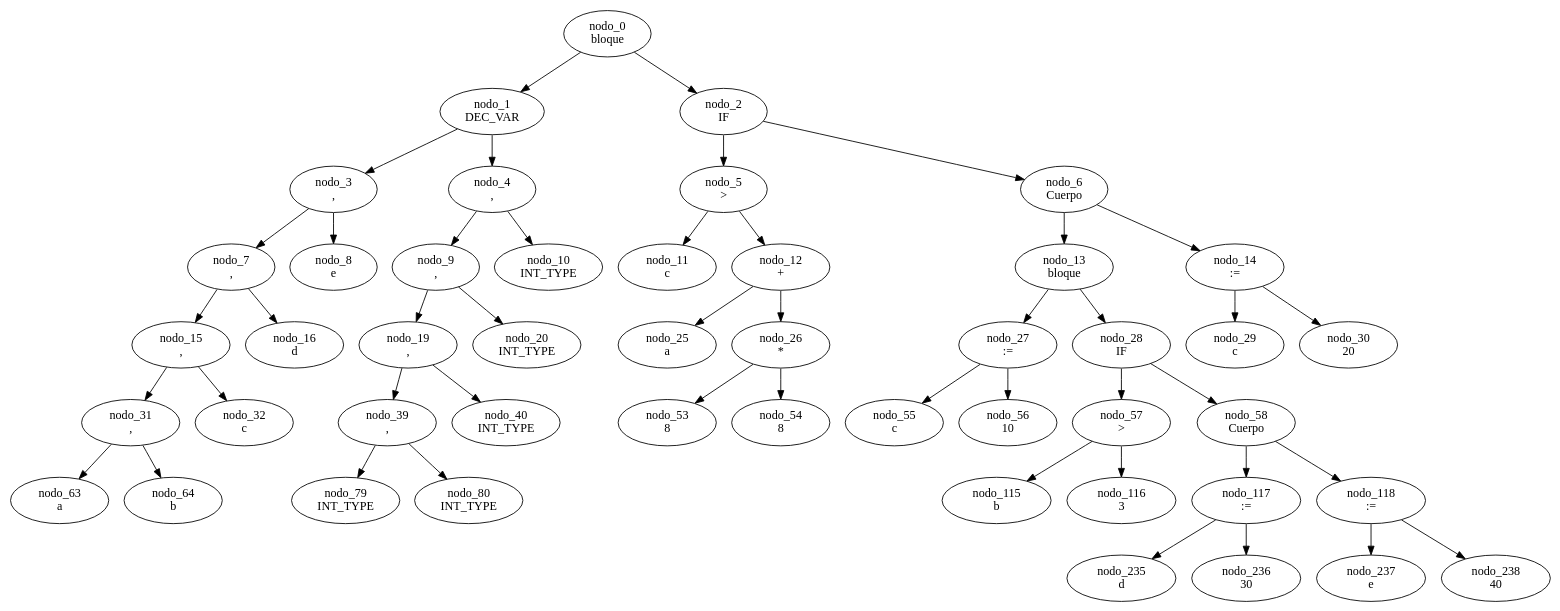
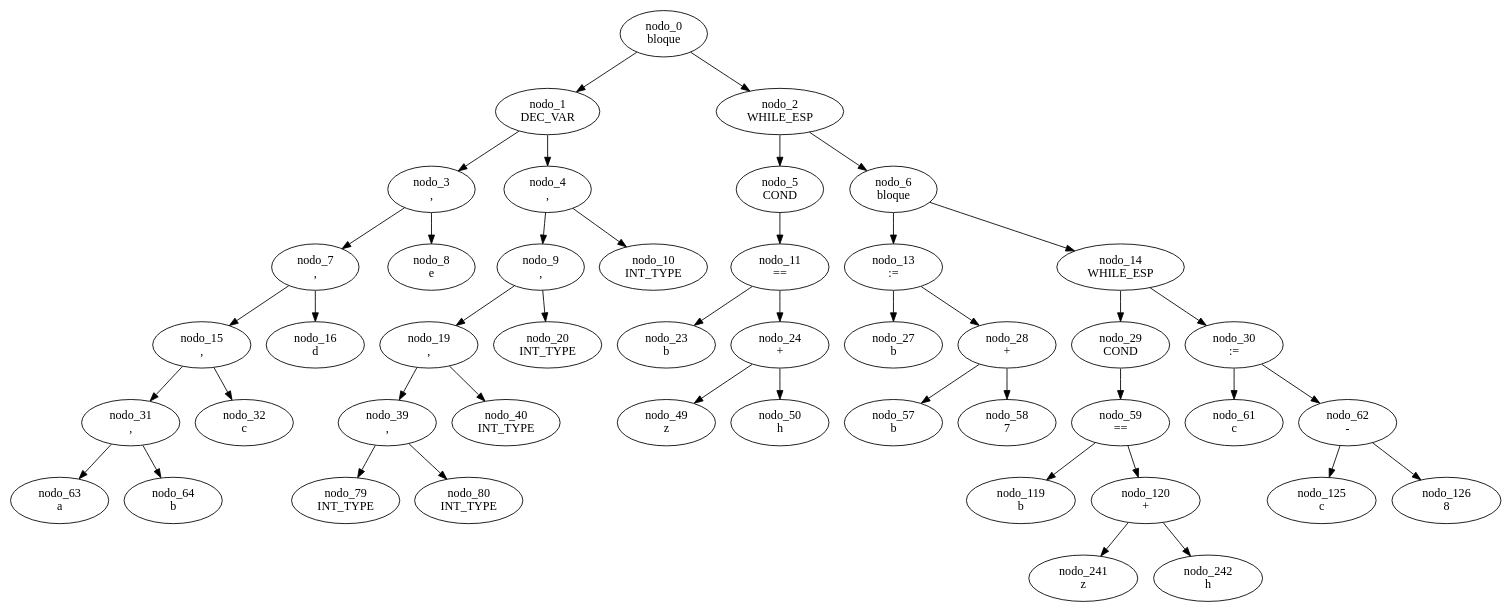
The diagram in Codigo/gragh.dot (FacuBouza/TP_LyC_Grupo07), drawn with Graphviz before and after one commit. The commit also changed 10 other files, not shown here.

```diff
--- a/Codigo/gragh.dot
+++ b/Codigo/gragh.dot
@@ -1,48 +1,46 @@
 digraph G {
 	"nodo_0 \nbloque" -> "nodo_1 \nDEC_VAR"
-	"nodo_0 \nbloque" -> "nodo_2 \nIF"
+	"nodo_0 \nbloque" -> "nodo_2 \nWHILE_ESP"
 	"nodo_1 \nDEC_VAR" -> "nodo_3 \n,"
 	"nodo_1 \nDEC_VAR" -> "nodo_4 \n,"
 	"nodo_3 \n," -> "nodo_7 \n,"
 	"nodo_3 \n," -> "nodo_8 \ne"
 	"nodo_7 \n," -> "nodo_15 \n,"
 	"nodo_7 \n," -> "nodo_16 \nd"
 	"nodo_15 \n," -> "nodo_31 \n,"
 	"nodo_15 \n," -> "nodo_32 \nc"
 	"nodo_31 \n," -> "nodo_63 \na"
 	"nodo_31 \n," -> "nodo_64 \nb"
 	"nodo_4 \n," -> "nodo_9 \n,"
 	"nodo_4 \n," -> "nodo_10 \nINT_TYPE"
 	"nodo_9 \n," -> "nodo_19 \n,"
 	"nodo_9 \n," -> "nodo_20 \nINT_TYPE"
 	"nodo_19 \n," -> "nodo_39 \n,"
 	"nodo_19 \n," -> "nodo_40 \nINT_TYPE"
 	"nodo_39 \n," -> "nodo_79 \nINT_TYPE"
 	"nodo_39 \n," -> "nodo_80 \nINT_TYPE"
-	"nodo_2 \nIF" -> "nodo_5 \n>"
-	"nodo_2 \nIF" -> "nodo_6 \nCuerpo"
-	"nodo_5 \n>" -> "nodo_11 \nc"
-	"nodo_5 \n>" -> "nodo_12 \n+"
-	"nodo_12 \n+" -> "nodo_25 \na"
-	"nodo_12 \n+" -> "nodo_26 \n*"
-	"nodo_26 \n*" -> "nodo_53 \n8"
-	"nodo_26 \n*" -> "nodo_54 \n8"
-	"nodo_6 \nCuerpo" -> "nodo_13 \nbloque"
-	"nodo_6 \nCuerpo" -> "nodo_14 \n:="
-	"nodo_13 \nbloque" -> "nodo_27 \n:="
-	"nodo_13 \nbloque" -> "nodo_28 \nIF"
-	"nodo_27 \n:=" -> "nodo_55 \nc"
-	"nodo_27 \n:=" -> "nodo_56 \n10"
-	"nodo_28 \nIF" -> "nodo_57 \n>"
-	"nodo_28 \nIF" -> "nodo_58 \nCuerpo"
-	"nodo_57 \n>" -> "nodo_115 \nb"
-	"nodo_57 \n>" -> "nodo_116 \n3"
-	"nodo_58 \nCuerpo" -> "nodo_117 \n:="
-	"nodo_58 \nCuerpo" -> "nodo_118 \n:="
-	"nodo_117 \n:=" -> "nodo_235 \nd"
-	"nodo_117 \n:=" -> "nodo_236 \n30"
-	"nodo_118 \n:=" -> "nodo_237 \ne"
-	"nodo_118 \n:=" -> "nodo_238 \n40"
-	"nodo_14 \n:=" -> "nodo_29 \nc"
-	"nodo_14 \n:=" -> "nodo_30 \n20"
+	"nodo_2 \nWHILE_ESP" -> "nodo_5 \nCOND"
+	"nodo_2 \nWHILE_ESP" -> "nodo_6 \nbloque"
+	"nodo_5 \nCOND" -> "nodo_11 \n=="
+	"nodo_11 \n==" -> "nodo_23 \nb"
+	"nodo_11 \n==" -> "nodo_24 \n+"
+	"nodo_24 \n+" -> "nodo_49 \nz"
+	"nodo_24 \n+" -> "nodo_50 \nh"
+	"nodo_6 \nbloque" -> "nodo_13 \n:="
+	"nodo_6 \nbloque" -> "nodo_14 \nWHILE_ESP"
+	"nodo_13 \n:=" -> "nodo_27 \nb"
+	"nodo_13 \n:=" -> "nodo_28 \n+"
+	"nodo_28 \n+" -> "nodo_57 \nb"
+	"nodo_28 \n+" -> "nodo_58 \n7"
+	"nodo_14 \nWHILE_ESP" -> "nodo_29 \nCOND"
+	"nodo_14 \nWHILE_ESP" -> "nodo_30 \n:="
+	"nodo_29 \nCOND" -> "nodo_59 \n=="
+	"nodo_59 \n==" -> "nodo_119 \nb"
+	"nodo_59 \n==" -> "nodo_120 \n+"
+	"nodo_120 \n+" -> "nodo_241 \nz"
+	"nodo_120 \n+" -> "nodo_242 \nh"
+	"nodo_30 \n:=" -> "nodo_61 \nc"
+	"nodo_30 \n:=" -> "nodo_62 \n-"
+	"nodo_62 \n-" -> "nodo_125 \nc"
+	"nodo_62 \n-" -> "nodo_126 \n8"
 }
```
